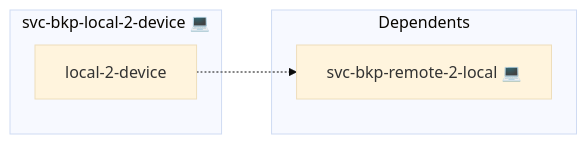
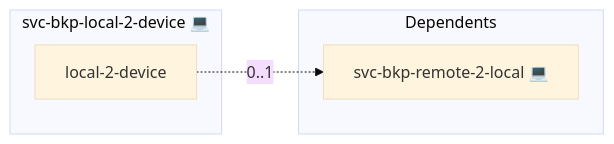
The first of 2 diagrams in roles/svc-bkp-local-2-device/README.md (AlejandroRomanIbanez/infinito-nexus), drawn with Mermaid (base theme) before and after one commit. The commit also changed other lines of this file and 4 other files, not shown here.

First line of the commit message:
docs(svc-bkp): regenerate READMEs with current cosmos diagrams

````diff
--- a/roles/svc-bkp-local-2-device/README.md
+++ b/roles/svc-bkp-local-2-device/README.md
@@ -17,10 +17,10 @@
 ```mermaid
 flowchart LR
     subgraph role [svc-bkp-local-2-device 💻]
         svc_local_2_device["local-2-device"]
     end
     subgraph dependents [Dependents]
         dpt_svc_bkp_remote_2_local["svc-bkp-remote-2-local 💻"]
     end
-    svc_local_2_device -.-> dpt_svc_bkp_remote_2_local
+    svc_local_2_device -. "0..1" .-> dpt_svc_bkp_remote_2_local
 ```
````
